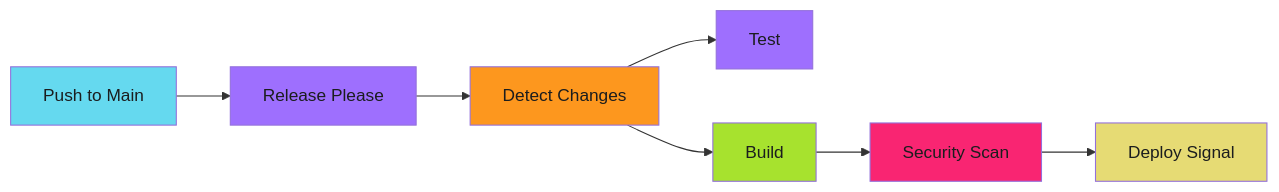
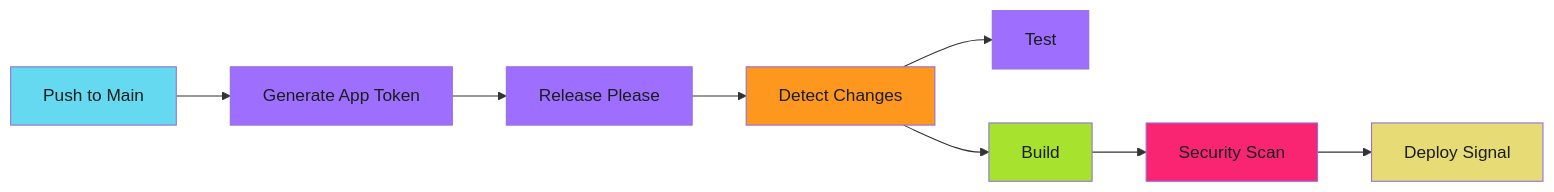
One commit to adaptive-enforcement-lab/adaptive-enforcement-lab-com changed the third of 3 diagrams in docs/operator-manual/github-actions/use-cases/release-pipelines/index.md. Above: the diagram before and after it, drawn with Mermaid. The commit also changed other lines of this file and 4 other files, not shown here.

First line of the commit message:
docs: correct release-please guidance to use GitHub App tokens (#52)

````diff
--- a/docs/operator-manual/github-actions/use-cases/release-pipelines/index.md
+++ b/docs/operator-manual/github-actions/use-cases/release-pipelines/index.md
@@ -140,17 +140,19 @@
 ```mermaid
 flowchart LR
-    Main[Push to Main] --> RP[Release Please]
+    Main[Push to Main] --> Token[Generate App Token]
+    Token --> RP[Release Please]
     RP --> DC[Detect Changes]
     DC --> Test[Test]
     DC --> Build[Build]
     Build --> Scan[Security Scan]
     Scan --> Deploy[Deploy Signal]
 
     style Main fill:#65d9ef,color:#1b1d1e
+    style Token fill:#9e6ffe,color:#1b1d1e
     style RP fill:#9e6ffe,color:#1b1d1e
     style DC fill:#fd971e,color:#1b1d1e
     style Test fill:#9e6ffe,color:#1b1d1e
     style Build fill:#a7e22e,color:#1b1d1e
     style Scan fill:#f92572,color:#1b1d1e
     style Deploy fill:#e6db74,color:#1b1d1e
 ```
````
